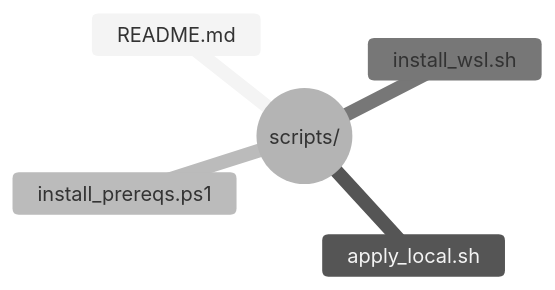
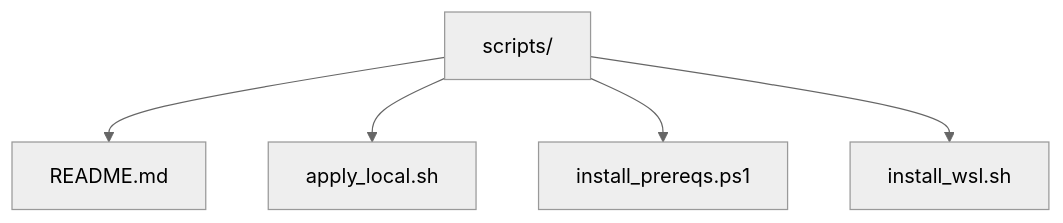
Before and after one commit to Runndownn/Omniforge: the ninth of 14 diagrams in docs/Inventory/Omniforge-Inventory.md, drawn with Mermaid (neutral theme). The commit also changed other lines of this file and 5 other files, not shown here.

````diff
--- a/docs/Inventory/Omniforge-Inventory.md
+++ b/docs/Inventory/Omniforge-Inventory.md
@@ -321,8 +317,7 @@
 ```mermaid
-mindmap
-    root((scripts/))
-        README.md
-        apply_local.sh
-        install_prereqs.ps1
-        install_wsl.sh
+flowchart TD
+    SCRIPTS[scripts/] --> SCRIPTS_README[README.md]
+    SCRIPTS --> SCRIPTS_APPLY[apply_local.sh]
+    SCRIPTS --> SCRIPTS_PREREQS[install_prereqs.ps1]
+    SCRIPTS --> SCRIPTS_WSL[install_wsl.sh]
 ```
````
